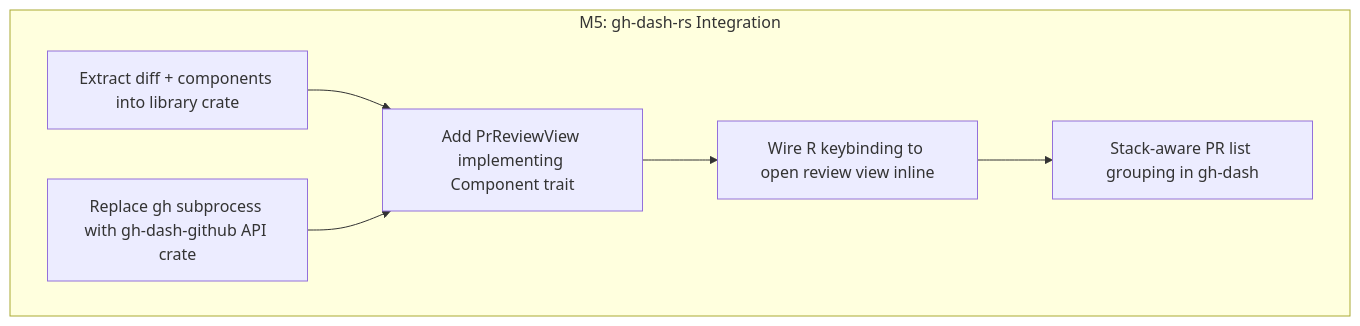
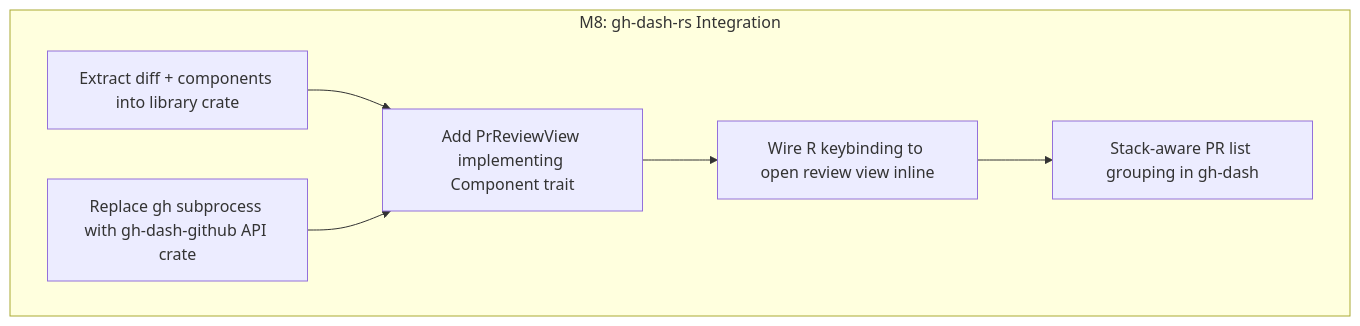
The ninth of 9 diagrams in docs/ROADMAP.md (Neville-Loh/gh-review), drawn with Mermaid before and after one commit. The commit also changed other lines of this file and 25 other files, not shown here.

````diff
--- a/docs/ROADMAP.md
+++ b/docs/ROADMAP.md
@@ -243,14 +305,14 @@
 ```mermaid
 graph TD
-    subgraph m5 [M5: gh-dash-rs Integration]
+    subgraph m8 [M8: gh-dash-rs Integration]
         D1[Extract diff + components into library crate]
         D2[Replace gh subprocess with gh-dash-github API crate]
         D3["Add PrReviewView implementing Component trait"]
         D4[Wire R keybinding to open review view inline]
         D5[Stack-aware PR list grouping in gh-dash]
         D1 --> D3
         D2 --> D3
         D3 --> D4
         D4 --> D5
     end
 ```
````
